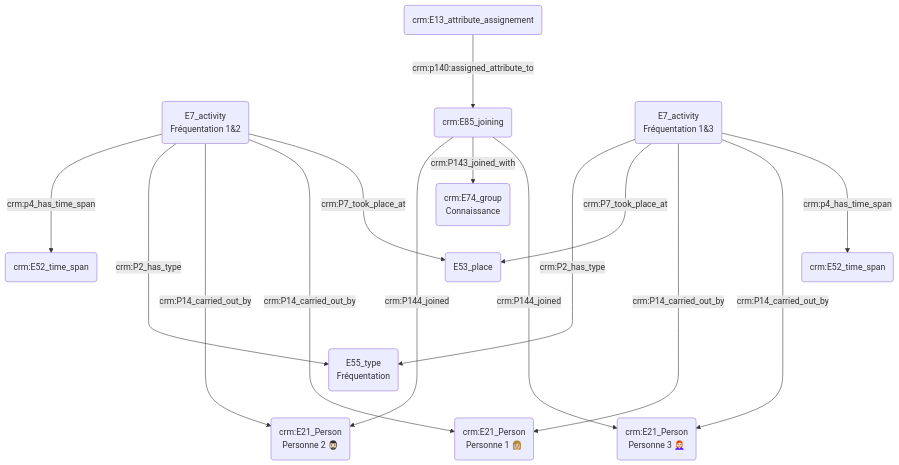
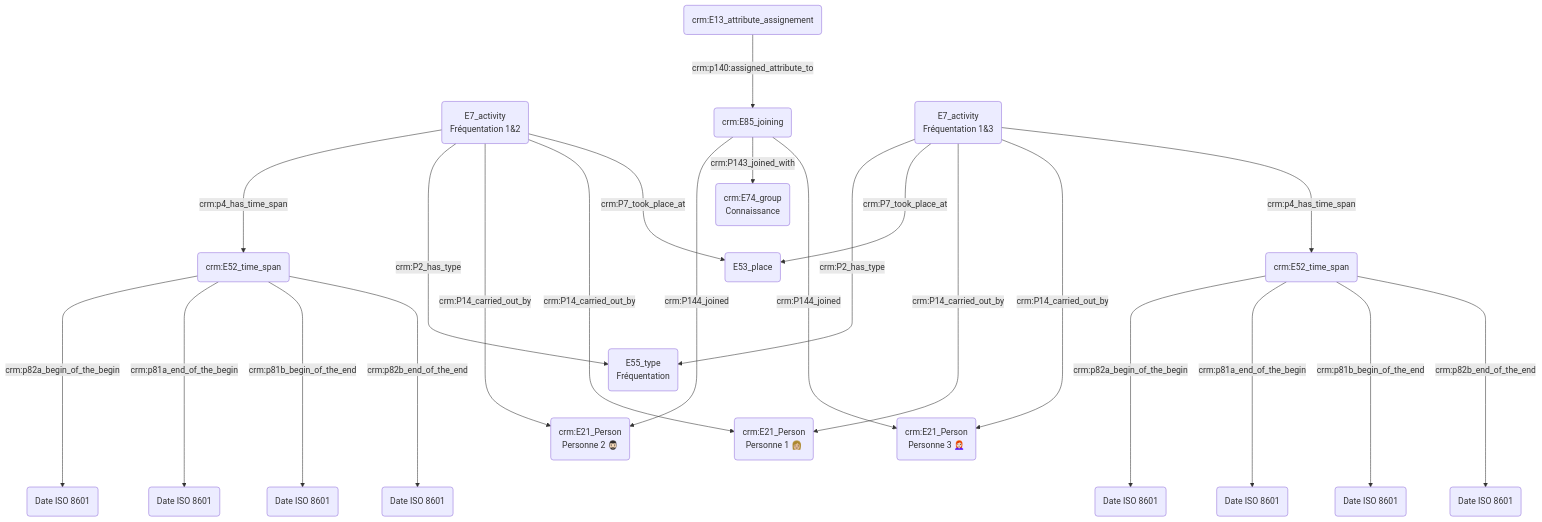
Before and after one commit to Amleth/consortium-musica2-gt2-ontologies: the third of 3 diagrams in modules/prosopographie/index.md, drawn with Mermaid. The commit also changed other lines of this file, not shown here.

````diff
--- a/modules/prosopographie/index.md
+++ b/modules/prosopographie/index.md
@@ -44,29 +44,39 @@
 ```mermaid
 graph TD;
 
 B(E7_activity<br>Fréquentation 1&2) ---> |crm:p4_has_time_span| I(crm:E52_time_span)
 B(E7_activity<br>Fréquentation 1&2) ----->|crm:P2_has_type| F(E55_type<br>Fréquentation)
 
 G(crm:E85_joining) ------>|crm:P144_joined| C("crm:E21_Person<br>Personne 2 🧔🏻‍♂️")
 G(crm:E85_joining) -->|crm:P143_joined_with| H(crm:E74_group<br>Connaissance)
 G(crm:E85_joining) ------>|crm:P144_joined| E("crm:E21_Person<br>Personne 3 👩🏻‍🦰")
 
 O(crm:E13_attribute_assignement) --->|crm:p140:assigned_attribute_to| G(crm:E85_joining)
 
 
 
 D(E7_activity<br>Fréquentation 1&3) -->|crm:P2_has_type| F(E55_type<br>Fréquentation)
 
 
 
 B(E7_activity<br>Fréquentation 1&2) ------>|crm:P14_carried_out_by| C("crm:E21_Person<br>Personne 2 🧔🏻‍♂️")
 B(E7_activity<br>Fréquentation 1&2) ---->|crm:P14_carried_out_by| A("crm:E21_Person<br>Personne 1 👩🏼")
 D(E7_activity<br>Fréquentation 1&3) --->|crm:P7_took_place_at| M(E53_place)
 B(E7_activity<br>Fréquentation 1&2) --->|crm:P7_took_place_at| M(E53_place)
 D(E7_activity<br>Fréquentation 1&3) ------>|crm:P14_carried_out_by| A("crm:E21_Person<br>Personne 1 👩🏼")
 D(E7_activity<br>Fréquentation 1&3) ------>|crm:P14_carried_out_by| E("crm:E21_Person<br>Personne 3 👩🏻‍🦰")
 
 D(E7_activity<br>Fréquentation 1&3) ---> |crm:p4_has_time_span| N(crm:E52_time_span)
 
+I(crm:E52_time_span) -----> |crm:p82a_begin_of_the_begin| S("Date ISO 8601")
+I(crm:E52_time_span) -----> |crm:p81a_end_of_the_begin| T("Date ISO 8601")
+I(crm:E52_time_span) -----> |crm:p81b_begin_of_the_end|U("Date ISO 8601")
+I(crm:E52_time_span) -----> |crm:p82b_end_of_the_end| V("Date ISO 8601")
+
+N(crm:E52_time_span) -----> |crm:p82a_begin_of_the_begin| W("Date ISO 8601")
+N(crm:E52_time_span) -----> |crm:p81a_end_of_the_begin| X("Date ISO 8601")
+N(crm:E52_time_span) -----> |crm:p81b_begin_of_the_end|Y("Date ISO 8601")
+N(crm:E52_time_span) -----> |crm:p82b_end_of_the_end| Z("Date ISO 8601")
+
 
 ```
````
